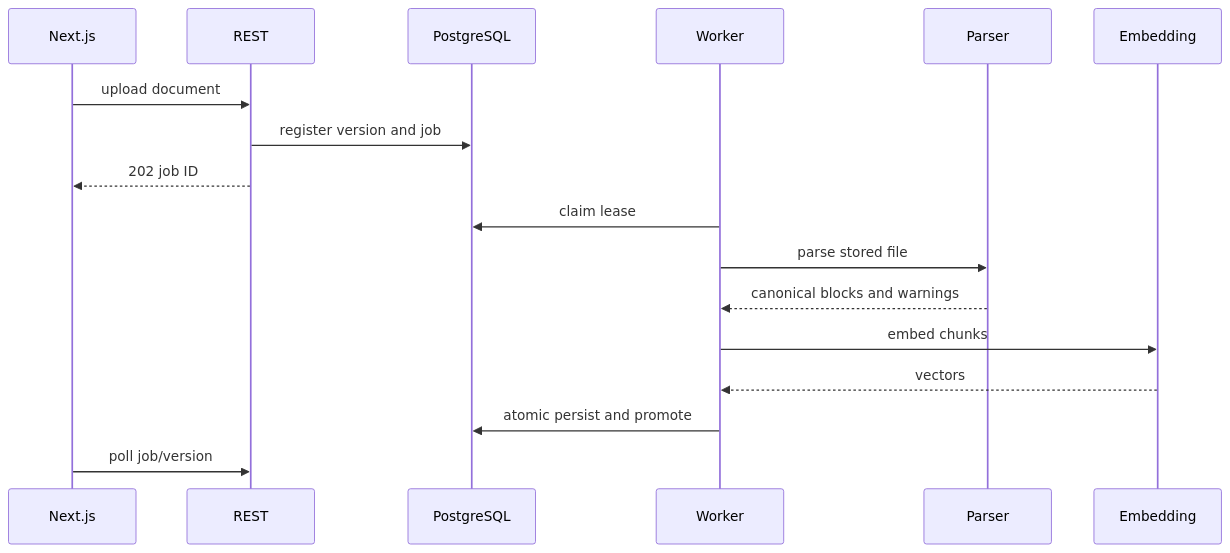
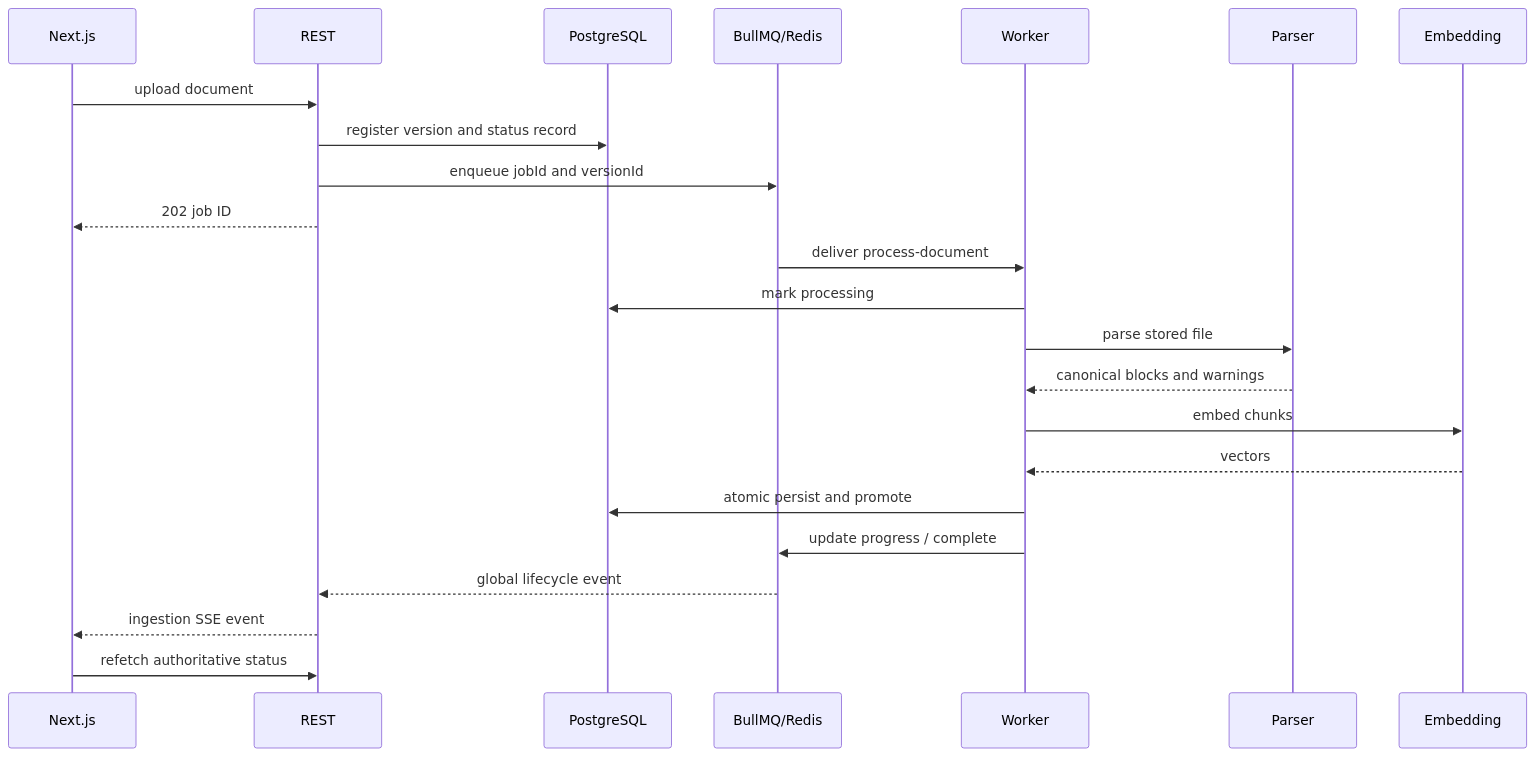
One commit to sandylib/document-parsing-demo changed the third of 4 diagrams in docs/architecture.md. Above: the diagram before and after it, drawn with Mermaid. The commit also changed other lines of this file and 46 other files, not shown here.

Commit message:
feat: migrate document ingestion queue to BullMQ and Redis

````diff
--- a/docs/architecture.md
+++ b/docs/architecture.md
@@ -33,19 +35,25 @@
 ```mermaid
 sequenceDiagram
     participant UI as Next.js
     participant API as REST
     participant DB as PostgreSQL
+    participant Q as BullMQ/Redis
     participant W as Worker
     participant P as Parser
     participant E as Embedding
     UI->>API: upload document
-    API->>DB: register version and job
+    API->>DB: register version and status record
+    API->>Q: enqueue jobId and versionId
     API-->>UI: 202 job ID
-    W->>DB: claim lease
+    Q->>W: deliver process-document
+    W->>DB: mark processing
     W->>P: parse stored file
     P-->>W: canonical blocks and warnings
     W->>E: embed chunks
     E-->>W: vectors
     W->>DB: atomic persist and promote
-    UI->>API: poll job/version
+    W->>Q: update progress / complete
+    Q-->>API: global lifecycle event
+    API-->>UI: ingestion SSE event
+    UI->>API: refetch authoritative status
 ```
````
